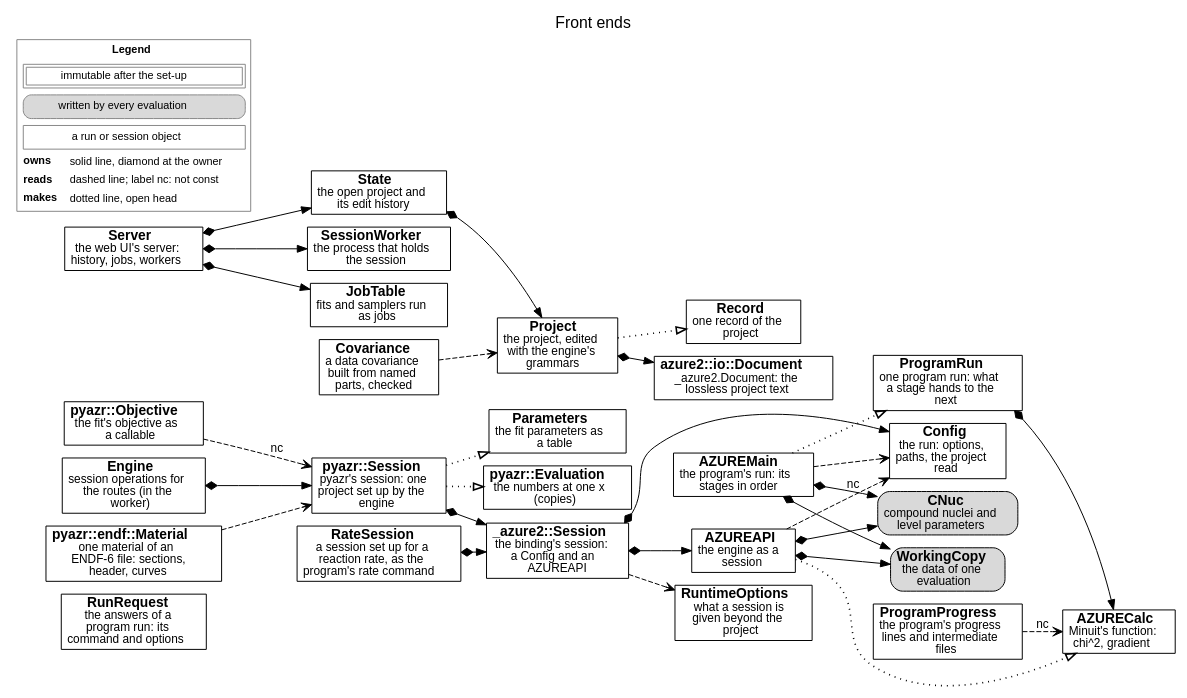
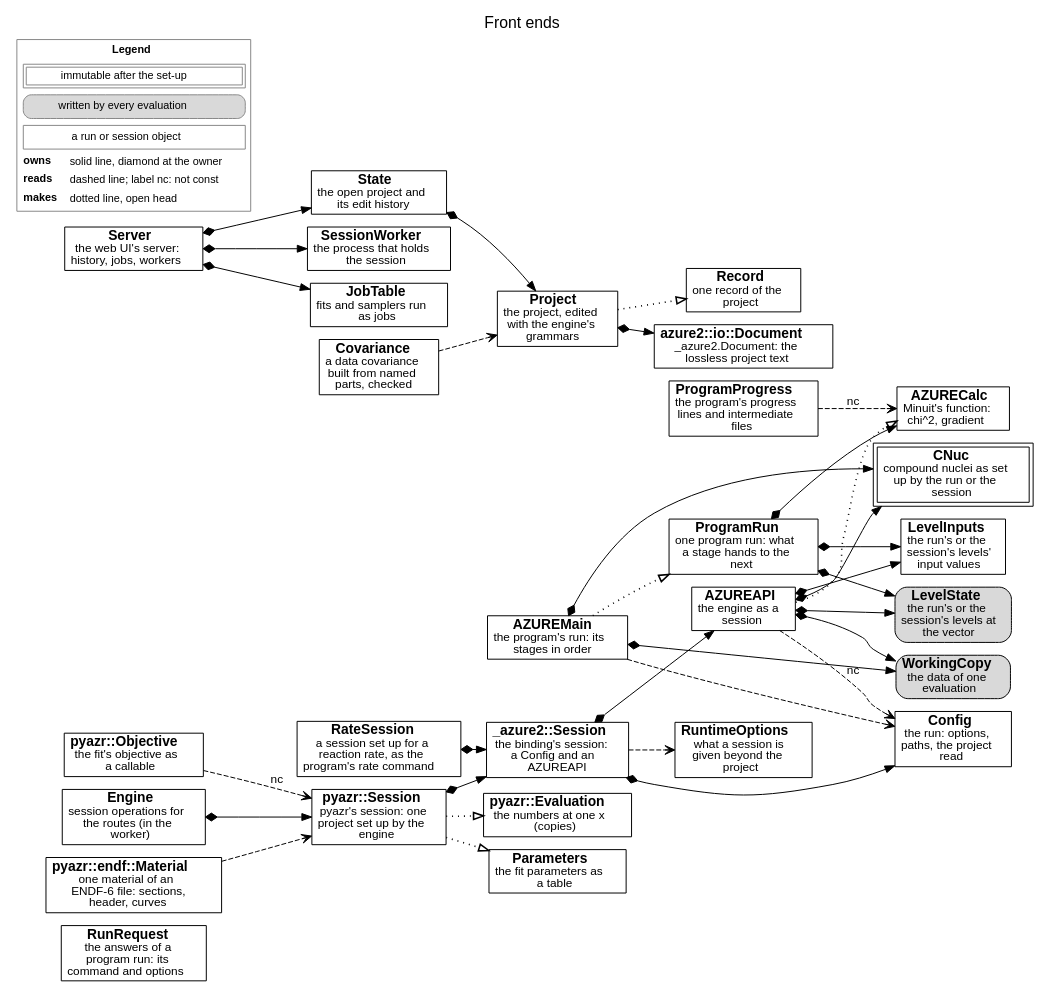
One commit to AZURE2DEV/AZURE2 changed the diagram in docs/source/developer/figures/frontends.dot. Above: the diagram before and after it, drawn with Graphviz. The commit also changed 16 other files, not shown here.

First line of the commit message:
Documents: the owners hold their own levels (design note, Developer Guide, class scheme, roadmap, handoff)

```diff
--- a/docs/source/developer/figures/frontends.dot
+++ b/docs/source/developer/figures/frontends.dot
@@ -1,59 +1,65 @@
 digraph frontends {
   graph [rankdir=LR, fontname="Helvetica", fontsize=16, labelloc=t, label="Front ends", nodesep=0.18, ranksep=0.3, newrank=true];
   node [fontname="Helvetica", fontsize=14, margin="0.08,0.04"];
   edge [fontname="Helvetica", fontsize=12];
   n_RunRequest [label=<<b>RunRequest</b><br/><font point-size="12">the answers of a<br/>program run: its<br/>command and options</font>>, shape=box, style="filled", fillcolor="white"];
   n_AZUREMain [label=<<b>AZUREMain</b><br/><font point-size="12">the program&#x27;s run: its<br/>stages in order</font>>, shape=box, style="filled", fillcolor="white"];
   n_Config [label=<<b>Config</b><br/><font point-size="12">the run: options,<br/>paths, the project<br/>read</font>>, shape=box, style="filled", fillcolor="white"];
-  n_CNuc [label=<<b>CNuc</b><br/><font point-size="12">compound nuclei and<br/>level parameters</font>>, shape=box, style="rounded,filled", fillcolor="#d9d9d9"];
+  n_CNuc [label=<<b>CNuc</b><br/><font point-size="12">compound nuclei as set<br/>up by the run or the<br/>session</font>>, shape=box, peripheries=2, style="filled", fillcolor="white"];
+  n_LevelState [label=<<b>LevelState</b><br/><font point-size="12">the run&#x27;s or the<br/>session&#x27;s levels at<br/>the vector</font>>, shape=box, style="rounded,filled", fillcolor="#d9d9d9"];
+  n_LevelInputs [label=<<b>LevelInputs</b><br/><font point-size="12">the run&#x27;s or the<br/>session&#x27;s levels&#x27;<br/>input values</font>>, shape=box, style="filled", fillcolor="white"];
   n_WorkingCopy [label=<<b>WorkingCopy</b><br/><font point-size="12">the data of one<br/>evaluation</font>>, shape=box, style="rounded,filled", fillcolor="#d9d9d9"];
   n_AZURECalc [label=<<b>AZURECalc</b><br/><font point-size="12">Minuit&#x27;s function:<br/>chi^2, gradient</font>>, shape=box, style="filled", fillcolor="white"];
   n_ProgramRun [label=<<b>ProgramRun</b><br/><font point-size="12">one program run: what<br/>a stage hands to the<br/>next</font>>, shape=box, style="filled", fillcolor="white"];
   n_ProgramProgress [label=<<b>ProgramProgress</b><br/><font point-size="12">the program&#x27;s progress<br/>lines and intermediate<br/>files</font>>, shape=box, style="filled", fillcolor="white"];
   n_AZUREAPI [label=<<b>AZUREAPI</b><br/><font point-size="12">the engine as a<br/>session</font>>, shape=box, style="filled", fillcolor="white"];
   n__azure2__Session [label=<<b>_azure2::Session</b><br/><font point-size="12">the binding&#x27;s session:<br/>a Config and an<br/>AZUREAPI</font>>, shape=box, style="filled", fillcolor="white"];
   n_RuntimeOptions [label=<<b>RuntimeOptions</b><br/><font point-size="12">what a session is<br/>given beyond the<br/>project</font>>, shape=box, style="filled", fillcolor="white"];
   n_pyazr__Session [label=<<b>pyazr::Session</b><br/><font point-size="12">pyazr&#x27;s session: one<br/>project set up by the<br/>engine</font>>, shape=box, style="filled", fillcolor="white"];
   n_pyazr__Objective [label=<<b>pyazr::Objective</b><br/><font point-size="12">the fit&#x27;s objective as<br/>a callable</font>>, shape=box, style="filled", fillcolor="white"];
   n_pyazr__Evaluation [label=<<b>pyazr::Evaluation</b><br/><font point-size="12">the numbers at one x<br/>(copies)</font>>, shape=box, style="filled", fillcolor="white"];
   n_Parameters [label=<<b>Parameters</b><br/><font point-size="12">the fit parameters as<br/>a table</font>>, shape=box, style="filled", fillcolor="white"];
   n_Project [label=<<b>Project</b><br/><font point-size="12">the project, edited<br/>with the engine&#x27;s<br/>grammars</font>>, shape=box, style="filled", fillcolor="white"];
   n_Record [label=<<b>Record</b><br/><font point-size="12">one record of the<br/>project</font>>, shape=box, style="filled", fillcolor="white"];
   n_azure2__io__Document [label=<<b>azure2::io::Document</b><br/><font point-size="12">_azure2.Document: the<br/>lossless project text</font>>, shape=box, style="filled", fillcolor="white"];
   n_Server [label=<<b>Server</b><br/><font point-size="12">the web UI&#x27;s server:<br/>history, jobs, workers</font>>, shape=box, style="filled", fillcolor="white"];
   n_State [label=<<b>State</b><br/><font point-size="12">the open project and<br/>its edit history</font>>, shape=box, style="filled", fillcolor="white"];
   n_SessionWorker [label=<<b>SessionWorker</b><br/><font point-size="12">the process that holds<br/>the session</font>>, shape=box, style="filled", fillcolor="white"];
   n_Engine [label=<<b>Engine</b><br/><font point-size="12">session operations for<br/>the routes (in the<br/>worker)</font>>, shape=box, style="filled", fillcolor="white"];
   n_JobTable [label=<<b>JobTable</b><br/><font point-size="12">fits and samplers run<br/>as jobs</font>>, shape=box, style="filled", fillcolor="white"];
   n_pyazr__endf__Material [label=<<b>pyazr::endf::Material</b><br/><font point-size="12">one material of an<br/>ENDF-6 file: sections,<br/>header, curves</font>>, shape=box, style="filled", fillcolor="white"];
   n_RateSession [label=<<b>RateSession</b><br/><font point-size="12">a session set up for a<br/>reaction rate, as the<br/>program&#x27;s rate command</font>>, shape=box, style="filled", fillcolor="white"];
   n_Covariance [label=<<b>Covariance</b><br/><font point-size="12">a data covariance<br/>built from named<br/>parts, checked</font>>, shape=box, style="filled", fillcolor="white"];
   n_AZUREMain -> n_Config [style=dashed, arrowhead=vee];
   n_AZUREMain -> n_CNuc [style=solid, dir=both, arrowtail=diamond, arrowhead=normal];
   n_AZUREMain -> n_WorkingCopy [style=solid, dir=both, arrowtail=diamond, arrowhead=normal];
   n_AZUREMain -> n_ProgramRun [style=dotted, penwidth=1.6, arrowhead=empty];
   n_ProgramRun -> n_AZURECalc [style=solid, dir=both, arrowtail=diamond, arrowhead=normal];
+  n_ProgramRun -> n_LevelState [style=solid, dir=both, arrowtail=diamond, arrowhead=normal];
+  n_ProgramRun -> n_LevelInputs [style=solid, dir=both, arrowtail=diamond, arrowhead=normal];
   n_ProgramProgress -> n_AZURECalc [style=dashed, arrowhead=vee, label=" nc"];
   n_AZUREAPI -> n_AZURECalc [style=dotted, penwidth=1.6, arrowhead=empty];
   n_AZUREAPI -> n_Config [style=dashed, arrowhead=vee, label=" nc"];
   n_AZUREAPI -> n_CNuc [style=solid, dir=both, arrowtail=diamond, arrowhead=normal];
+  n_AZUREAPI -> n_LevelState [style=solid, dir=both, arrowtail=diamond, arrowhead=normal];
+  n_AZUREAPI -> n_LevelInputs [style=solid, dir=both, arrowtail=diamond, arrowhead=normal];
   n_AZUREAPI -> n_WorkingCopy [style=solid, dir=both, arrowtail=diamond, arrowhead=normal];
   n__azure2__Session -> n_Config [style=solid, dir=both, arrowtail=diamond, arrowhead=normal];
   n__azure2__Session -> n_AZUREAPI [style=solid, dir=both, arrowtail=diamond, arrowhead=normal];
   n__azure2__Session -> n_RuntimeOptions [style=dashed, arrowhead=vee];
   n_pyazr__Session -> n__azure2__Session [style=solid, dir=both, arrowtail=diamond, arrowhead=normal];
   n_pyazr__Session -> n_Parameters [style=dotted, penwidth=1.6, arrowhead=empty];
   n_pyazr__Objective -> n_pyazr__Session [style=dashed, arrowhead=vee, label=" nc"];
   n_pyazr__Session -> n_pyazr__Evaluation [style=dotted, penwidth=1.6, arrowhead=empty];
   n_Project -> n_azure2__io__Document [style=solid, dir=both, arrowtail=diamond, arrowhead=normal];
   n_Project -> n_Record [style=dotted, penwidth=1.6, arrowhead=empty];
   n_State -> n_Project [style=solid, dir=both, arrowtail=diamond, arrowhead=normal];
   n_Server -> n_State [style=solid, dir=both, arrowtail=diamond, arrowhead=normal];
   n_Server -> n_SessionWorker [style=solid, dir=both, arrowtail=diamond, arrowhead=normal];
   n_Server -> n_JobTable [style=solid, dir=both, arrowtail=diamond, arrowhead=normal];
   n_Engine -> n_pyazr__Session [style=solid, dir=both, arrowtail=diamond, arrowhead=normal];
   n_RateSession -> n__azure2__Session [style=solid, dir=both, arrowtail=diamond, arrowhead=normal];
   n_Covariance -> n_Project [style=dashed, arrowhead=vee];
   n_pyazr__endf__Material -> n_pyazr__Session [style=dashed, arrowhead=vee];
   legend [shape=plaintext, fontsize=11, label=<<TABLE BORDER="1" CELLBORDER="0" CELLSPACING="3" COLOR="#888888"><TR><TD COLSPAN="2"><B>Legend</B></TD></TR><TR><TD COLSPAN="2"><TABLE BORDER="1" CELLBORDER="1" CELLSPACING="2" CELLPADDING="2"><TR><TD>immutable after the set-up</TD></TR></TABLE></TD></TR><TR><TD COLSPAN="2"><TABLE BORDER="1" CELLBORDER="0" CELLPADDING="3" STYLE="rounded" BGCOLOR="#d9d9d9"><TR><TD>written by every evaluation</TD></TR></TABLE></TD></TR><TR><TD COLSPAN="2"><TABLE BORDER="1" CELLBORDER="0" CELLPADDING="3" ><TR><TD>a run or session object</TD></TR></TABLE></TD></TR><TR><TD ALIGN="LEFT"><B>owns</B></TD><TD ALIGN="LEFT">solid line, diamond at the owner</TD></TR><TR><TD ALIGN="LEFT"><B>reads</B></TD><TD ALIGN="LEFT">dashed line; label nc: not const</TD></TR><TR><TD ALIGN="LEFT"><B>makes</B></TD><TD ALIGN="LEFT">dotted line, open head</TD></TR></TABLE>>];
 }
```
